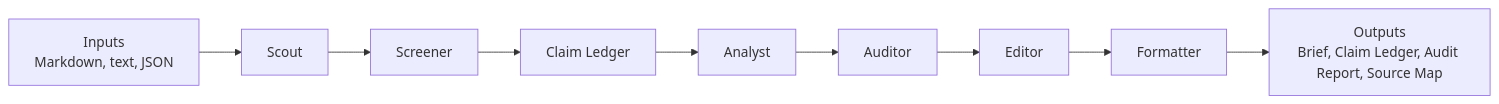
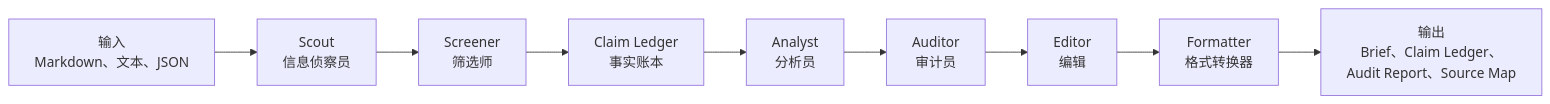
One commit to Stahl-G/briefloop changed the diagram in README.md. Above: the diagram before and after it, drawn with Mermaid. The commit also changed other lines of this file and 2 other files, not shown here.

````diff
--- a/README.md
+++ b/README.md
@@ -47,11 +76,11 @@
 ```mermaid
 flowchart LR
-  A["Inputs<br/>Markdown, text, JSON"] --> B["Scout"]
-  B --> C["Screener"]
-  C --> D["Claim Ledger"]
-  D --> E["Analyst"]
-  E --> F["Auditor"]
-  F --> G["Editor"]
-  G --> H["Formatter"]
-  H --> I["Outputs<br/>Brief, Claim Ledger, Audit Report, Source Map"]
+  A["输入<br/>Markdown、文本、JSON"] --> B["Scout<br/>信息侦察员"]
+  B --> C["Screener<br/>筛选师"]
+  C --> D["Claim Ledger<br/>事实账本"]
+  D --> E["Analyst<br/>分析员"]
+  E --> F["Auditor<br/>审计员"]
+  F --> G["Editor<br/>编辑"]
+  G --> H["Formatter<br/>格式转换器"]
+  H --> I["输出<br/>Brief、Claim Ledger、Audit Report、Source Map"]
 ```
````
